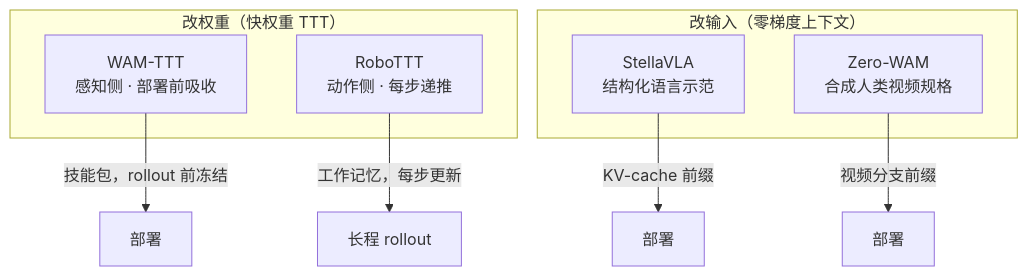
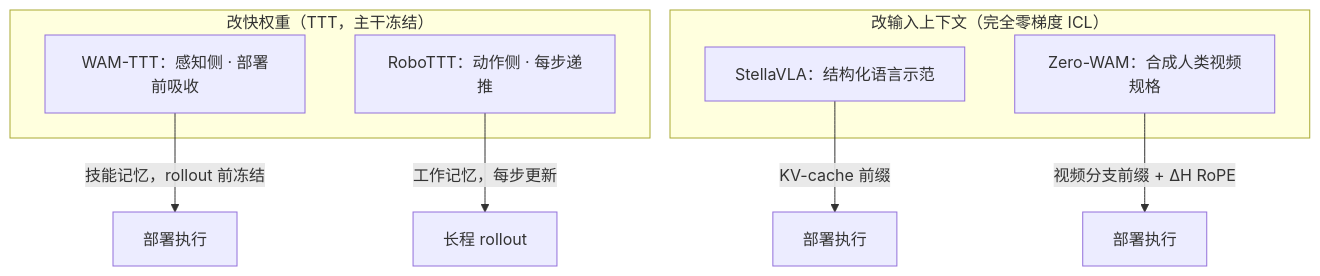
Before and after one commit to ImChong/Robotics_Notebooks: the diagram in wiki/comparisons/wam-ttt-robottt-stellavla-zero-wam-embodied-icl.md, drawn with Mermaid. The commit also changed other lines of this file and 73 other files, not shown here.

````diff
--- a/wiki/comparisons/wam-ttt-robottt-stellavla-zero-wam-embodied-icl.md
+++ b/wiki/comparisons/wam-ttt-robottt-stellavla-zero-wam-embodied-icl.md
@@ -52,15 +65,15 @@
 ```mermaid
 flowchart TB
-  subgraph weight["改权重（快权重 TTT）"]
-    WAM[WAM-TTT<br/>感知侧 · 部署前吸收]
-    RT[RoboTTT<br/>动作侧 · 每步递推]
+  subgraph weight["改快权重（TTT，主干冻结）"]
+    WAM["WAM-TTT：感知侧 · 部署前吸收"]
+    RT["RoboTTT：动作侧 · 每步递推"]
   end
-  subgraph ctx["改输入（零梯度上下文）"]
-    ST[StellaVLA<br/>结构化语言示范]
-    ZW[Zero-WAM<br/>合成人类视频规格]
+  subgraph ctx["改输入上下文（完全零梯度 ICL）"]
+    ST["StellaVLA：结构化语言示范"]
+    ZW["Zero-WAM：合成人类视频规格"]
   end
-  WAM -->|"技能包，rollout 前冻结"| freeze1[部署]
-  RT -->|"工作记忆，每步更新"| stream[长程 rollout]
-  ST -->|"KV-cache 前缀"| freeze2[部署]
-  ZW -->|"视频分支前缀"| freeze3[部署]
+  WAM -->|"技能记忆，rollout 前冻结"| freeze1["部署执行"]
+  RT -->|"工作记忆，每步更新"| stream["长程 rollout"]
+  ST -->|"KV-cache 前缀"| freeze2["部署执行"]
+  ZW -->|"视频分支前缀 + ΔH RoPE"| freeze3["部署执行"]
 ```
````
